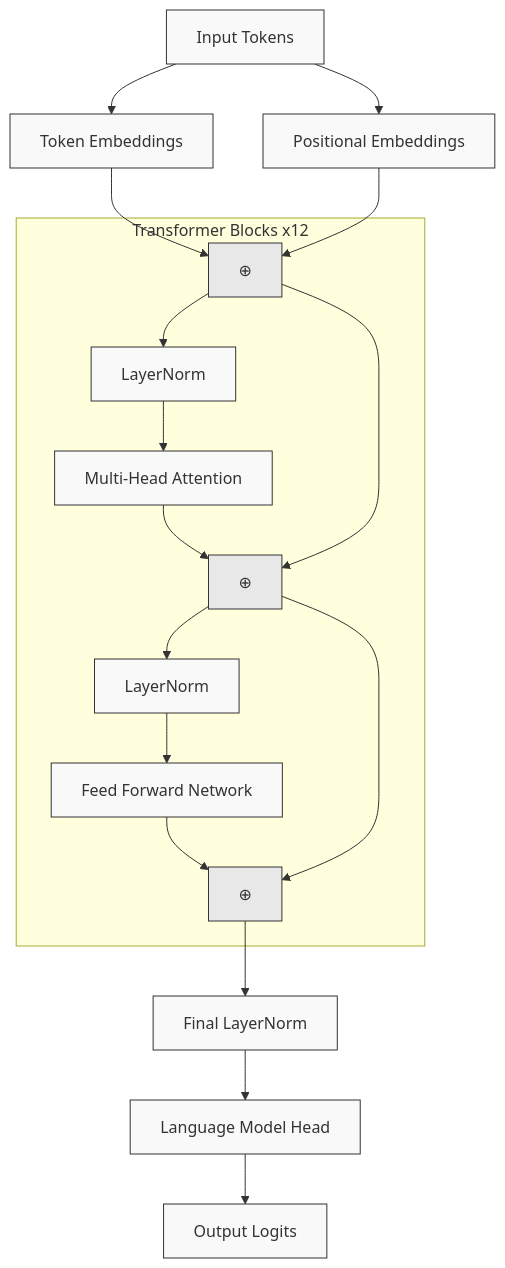
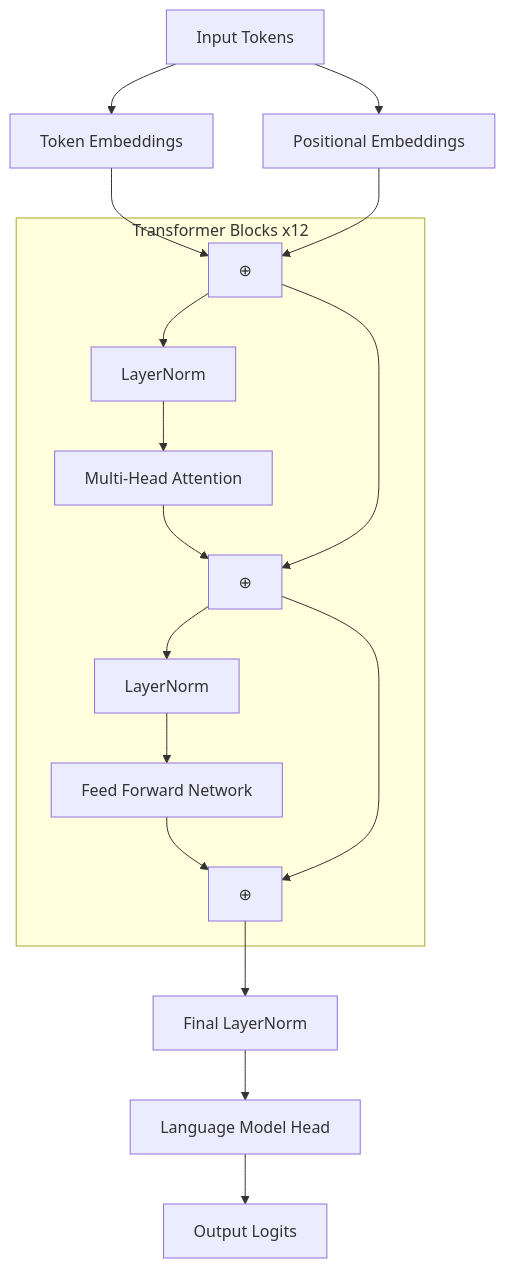
Before and after one commit to prateekcaire/GPT2-VictorianStories: the first of 4 diagrams in victorian-stories-gpt/README.md, drawn with Mermaid.

Commit message:
fix model architecture

````diff
--- a/victorian-stories-gpt/README.md
+++ b/victorian-stories-gpt/README.md
@@ -45,32 +45,30 @@
 ```mermaid
 flowchart TB
     Input[Input Tokens]
     TokenEmb[Token Embeddings]
     PosEmb[Positional Embeddings]
     Add1[⊕]
     
     Input --> TokenEmb & PosEmb
     TokenEmb & PosEmb --> Add1
     
     subgraph TransformerBlock[Transformer Blocks x12]
         LN1[LayerNorm]
         MHA[Multi-Head Attention]
         Add2[⊕]
         LN2[LayerNorm]
         FFN[Feed Forward Network]
         Add3[⊕]
         
         Add1 --> LN1 --> MHA --> Add2
         Add1 --> Add2
         Add2 --> LN2 --> FFN --> Add3
         Add2 --> Add3
     end
     
     Add3 --> FinalLN[Final LayerNorm]
     FinalLN --> LMHead[Language Model Head]
     LMHead --> Output[Output Logits]
 
-    classDef default fill:#f9f9f9,stroke:#333,stroke-width:1px
-    classDef plus fill:#e8e8e8,stroke:#333,stroke-width:1px
     class Add1,Add2,Add3 plus
 ```
````
